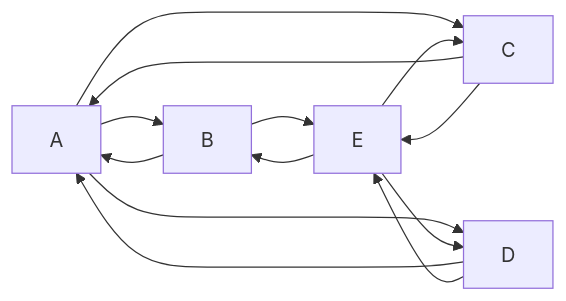
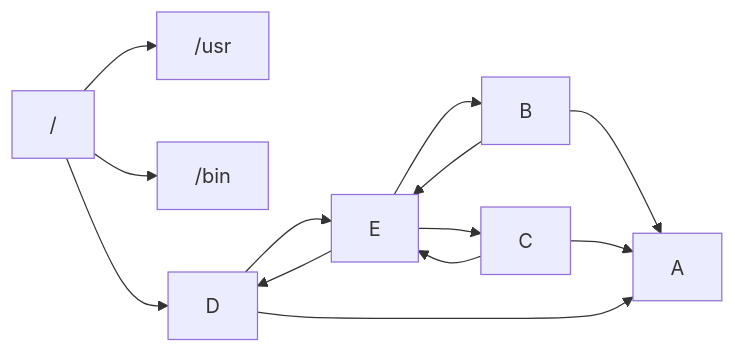
Before and after one commit to blanco-pipelines/plat-eng: the diagram in labs/1.1-file-navigation.md, drawn with Mermaid.

````diff
--- a/labs/1.1-file-navigation.md
+++ b/labs/1.1-file-navigation.md
@@ -135,10 +135,10 @@
    ```mermaid
    graph LR;
-       A--> B & C & D
+       /--> /usr & /bin & D
        B--> A & E
        C--> A & E
        D--> A & E
        E--> B & C & D
 
 
    ```
````
